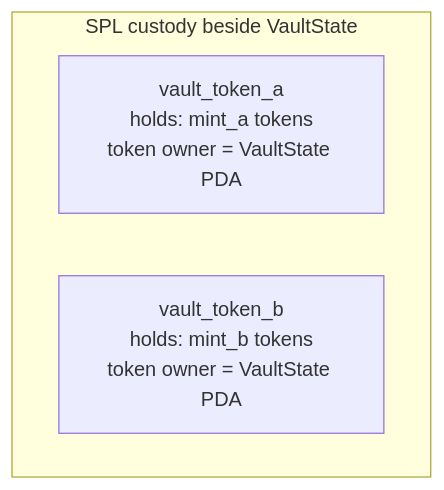
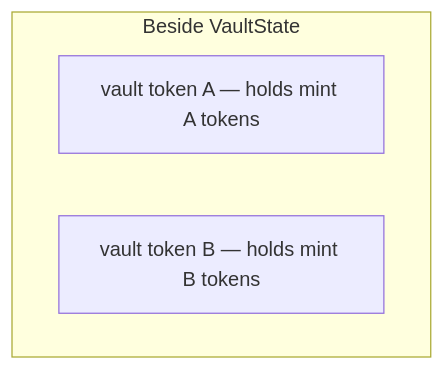
The fifth of 8 diagrams in docs/accounts-deep-dive.md (pprogrammingg/zk-spot-shield), drawn with Mermaid before and after one commit. The commit also changed other lines of this file and 4 other files, not shown here.

Commit message:
docs: numbered flow + account Q&A - YES

````diff
--- a/docs/accounts-deep-dive.md
+++ b/docs/accounts-deep-dive.md
@@ -118,7 +156,7 @@
 ```mermaid
 flowchart TB
-  subgraph SPLV["SPL custody beside VaultState"]
-    VA["vault_token_a<br/>holds: mint_a tokens<br/>token owner = VaultState PDA"]
-    VB["vault_token_b<br/>holds: mint_b tokens<br/>token owner = VaultState PDA"]
+  subgraph SPLV["Beside VaultState"]
+    VA["vault token A — holds mint A tokens"]
+    VB["vault token B — holds mint B tokens"]
   end
 ```
````
